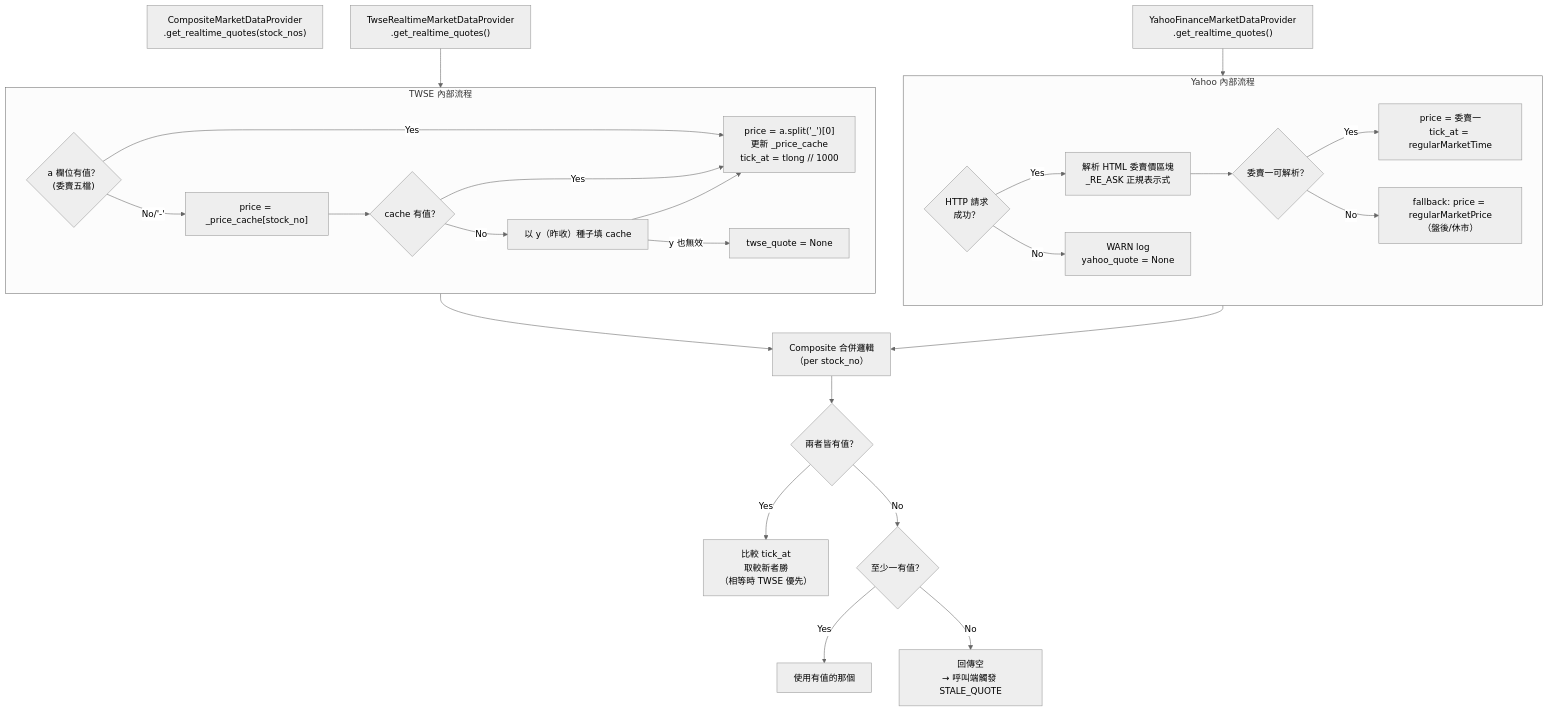
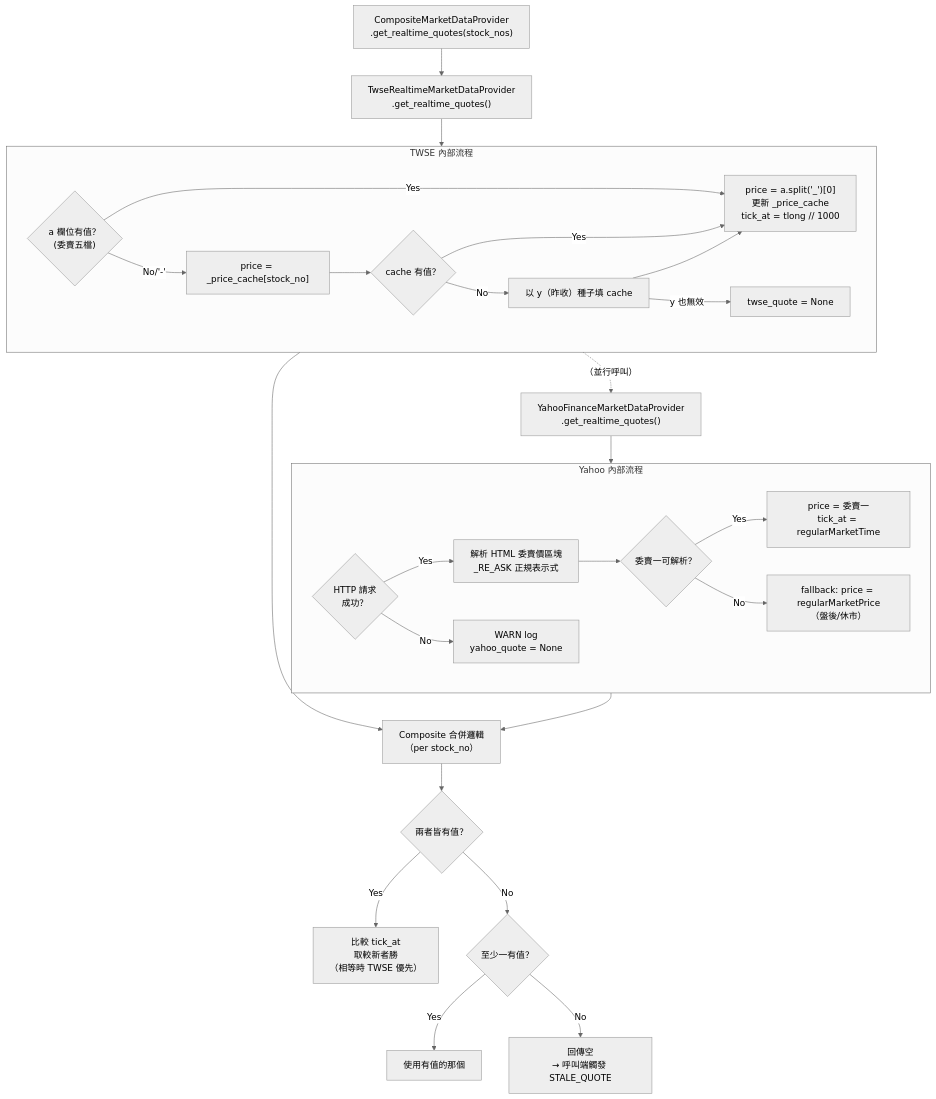
Before and after one commit to ibalasite/stock_monitor: the diagram in docs/architecture/diagrams/05-market-data-adapter.md, drawn with Mermaid (neutral theme). The commit also changed 5 other files, not shown here.

Commit message:
fix(docs): convert landscape diagrams 01/05/07 to portrait (TD + ~~~ invisible links)

````diff
--- a/docs/architecture/diagrams/05-market-data-adapter.md
+++ b/docs/architecture/diagrams/05-market-data-adapter.md
@@ -19,56 +19,58 @@
 ```mermaid
 flowchart TD
     START["CompositeMarketDataProvider\n.get_realtime_quotes(stock_nos)"]
 
     TWSE_CALL["TwseRealtimeMarketDataProvider\n.get_realtime_quotes()"]
     YF_CALL["YahooFinanceMarketDataProvider\n.get_realtime_quotes()"]
 
     subgraph TWSE_FLOW["TWSE 內部流程"]
         A_CHK{"a 欄位有值？\n(委賣五檔)"}
         A_OK["price = a.split('_')[0]\n更新 _price_cache\ntick_at = tlong // 1000"]
         A_EMPTY["price = _price_cache[stock_no]"]
         CACHE_CHK{"cache 有值？"}
         SEED["以 y（昨收）種子填 cache"]
         NO_TWSE["twse_quote = None"]
 
         A_CHK -- Yes --> A_OK
         A_CHK -- No/'-' --> A_EMPTY
         A_EMPTY --> CACHE_CHK
         CACHE_CHK -- Yes --> A_OK
         CACHE_CHK -- No --> SEED
         SEED --> A_OK
         SEED -- y 也無效 --> NO_TWSE
     end
 
     subgraph YAHOO_FLOW["Yahoo 內部流程"]
         HTTP_CHK{"HTTP 請求\n成功？"}
         HTML_PARSE["解析 HTML 委賣價區塊\n_RE_ASK 正規表示式"]
         ASK_CHK{"委賣一可解析？"}
         ASK_OK["price = 委賣一\ntick_at = regularMarketTime"]
         FB_PRICE["fallback: price = regularMarketPrice\n（盤後/休市）"]
         HTTP_FAIL["WARN log\nyahoo_quote = None"]
 
         HTTP_CHK -- Yes --> HTML_PARSE --> ASK_CHK
         ASK_CHK -- Yes --> ASK_OK
         ASK_CHK -- No --> FB_PRICE
         HTTP_CHK -- No --> HTTP_FAIL
     end
 
+    START --> TWSE_CALL
     TWSE_CALL --> TWSE_FLOW
+    TWSE_FLOW -.->|"（並行呼叫）"| YF_CALL
     YF_CALL --> YAHOO_FLOW
 
     MERGE["Composite 合併邏輯\n（per stock_no）"]
     BOTH{"兩者皆有值？"}
     COMP_FRESH["比較 tick_at\n取較新者勝\n（相等時 TWSE 優先）"]
     EITHER{"至少一有值？"}
     USE_AVAIL["使用有值的那個"]
     STALE["回傳空\n→ 呼叫端觸發 STALE_QUOTE"]
 
     TWSE_FLOW --> MERGE
     YAHOO_FLOW --> MERGE
     MERGE --> BOTH
     BOTH -- Yes --> COMP_FRESH
     BOTH -- No --> EITHER
     EITHER -- Yes --> USE_AVAIL
     EITHER -- No --> STALE
 ```
````
